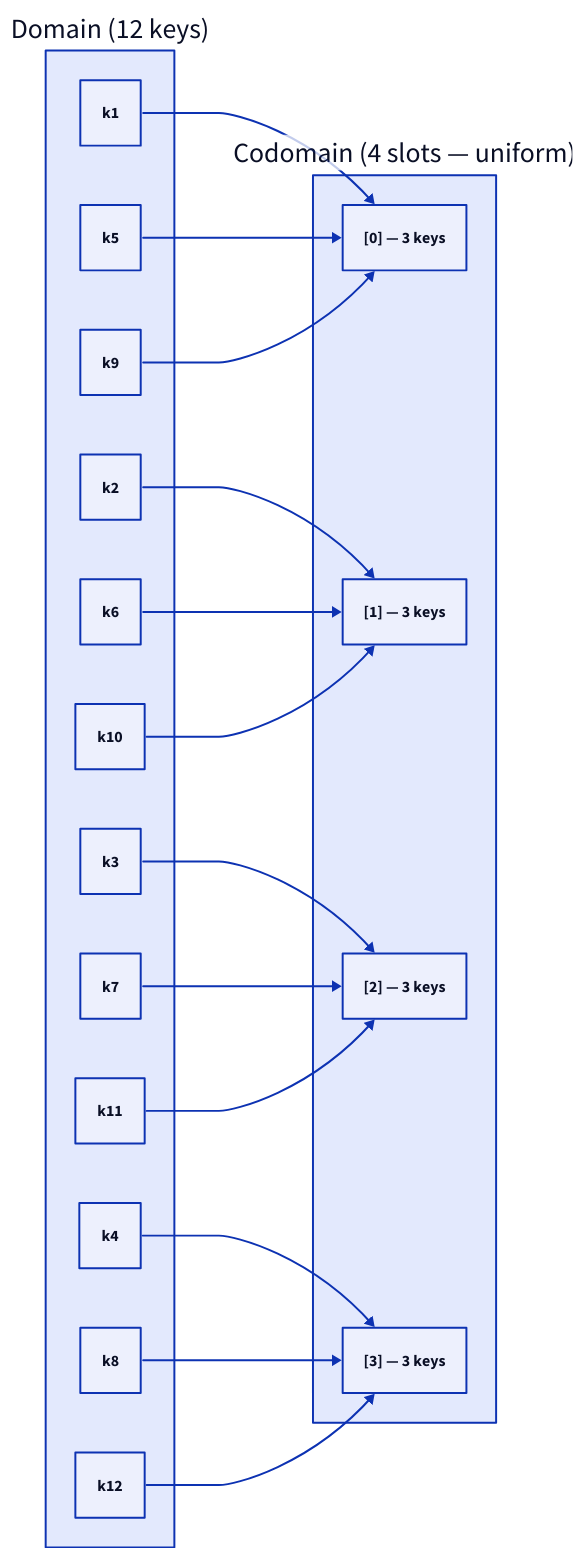
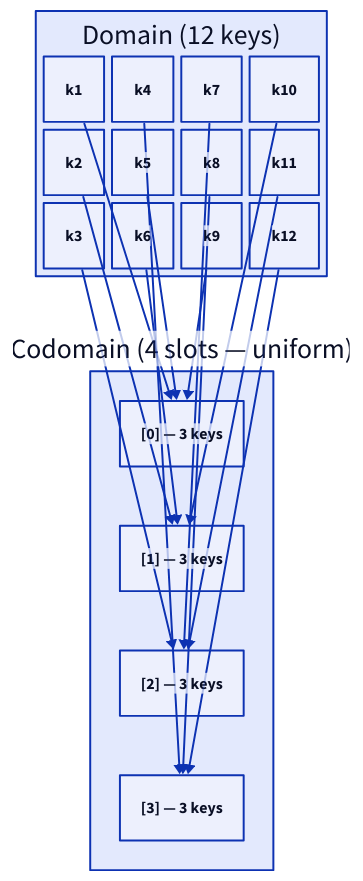
Diagram 12 of 24 in src/computer-science/DSA/data-structures/4.hash-table/01-introduction-to-hash-tables.md (ani2fun/note-book), drawn with D2 before and after one commit. The commit also changed 28 other files, not shown here.

First line of the commit message:
DSA topics 1-5: lay out flow-style d2 diagrams horizontally

````diff
--- a/src/computer-science/DSA/data-structures/4.hash-table/01-introduction-to-hash-tables.md
+++ b/src/computer-science/DSA/data-structures/4.hash-table/01-introduction-to-hash-tables.md
@@ -415,38 +415,40 @@
 ```d2
 direction: right
 
 keys: Domain (12 keys) {
+  grid-columns: 4
+  grid-gap: 8
   k1: k1
   k2: k2
   k3: k3
   k4: k4
   k5: k5
   k6: k6
   k7: k7
   k8: k8
   k9: k9
   k10: k10
   k11: k11
   k12: k12
 }
 
 slots: Codomain (4 slots — uniform) {
   s0: "[0] — 3 keys"
   s1: "[1] — 3 keys"
   s2: "[2] — 3 keys"
   s3: "[3] — 3 keys"
 }
 
 keys.k1 -> slots.s0
 keys.k2 -> slots.s1
 keys.k3 -> slots.s2
 keys.k4 -> slots.s3
 keys.k5 -> slots.s0
 keys.k6 -> slots.s1
 keys.k7 -> slots.s2
 keys.k8 -> slots.s3
 keys.k9 -> slots.s0
 keys.k10 -> slots.s1
 keys.k11 -> slots.s2
 keys.k12 -> slots.s3
 ```
````
